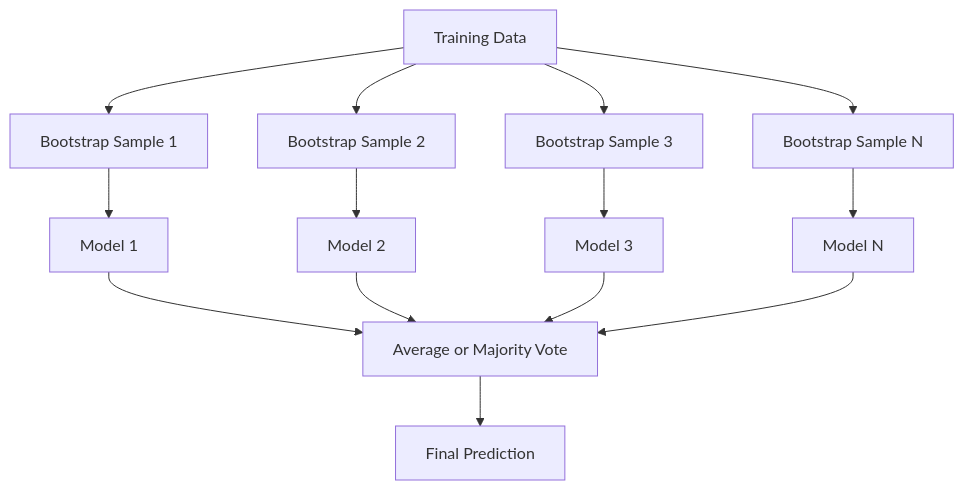
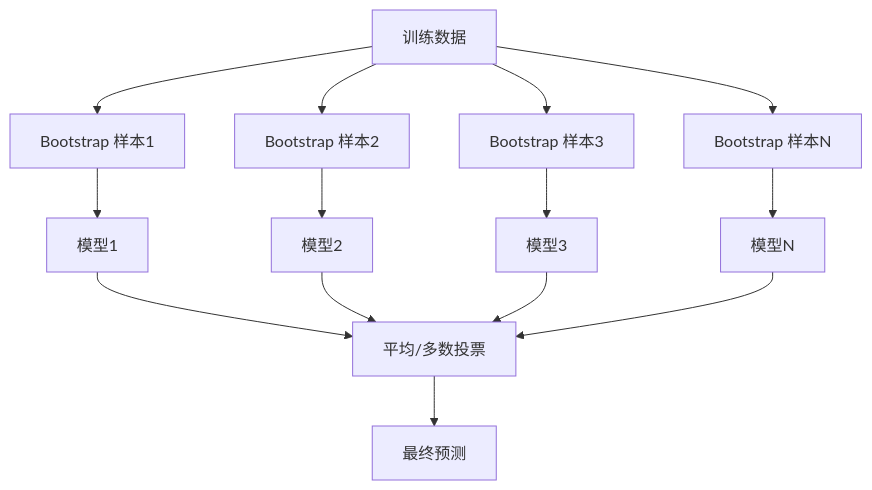
One commit to omigaZen/ai-engineering-from-scratch changed the first of 3 diagrams in phases/02-ml-fundamentals/11-ensemble-methods/docs/zh.md. Above: the diagram before and after it, drawn with Mermaid. The commit also changed other lines of this file, not shown here.

````diff
--- a/phases/02-ml-fundamentals/11-ensemble-methods/docs/zh.md
+++ b/phases/02-ml-fundamentals/11-ensemble-methods/docs/zh.md
@@ -66,19 +46,19 @@
 ```mermaid
 flowchart TD
-    D[Training Data] --> B1[Bootstrap Sample 1]
-    D --> B2[Bootstrap Sample 2]
-    D --> B3[Bootstrap Sample 3]
-    D --> BN[Bootstrap Sample N]
+    D[训练数据] --> B1[Bootstrap 样本1]
+    D --> B2[Bootstrap 样本2]
+    D --> B3[Bootstrap 样本3]
+    D --> BN[Bootstrap 样本N]
 
-    B1 --> M1[Model 1]
-    B2 --> M2[Model 2]
-    B3 --> M3[Model 3]
-    BN --> MN[Model N]
+    B1 --> M1[模型1]
+    B2 --> M2[模型2]
+    B3 --> M3[模型3]
+    BN --> MN[模型N]
 
-    M1 --> V[Average or Majority Vote]
+    M1 --> V[平均/多数投票]
     M2 --> V
     M3 --> V
     MN --> V
 
-    V --> P[Final Prediction]
+    V --> P[最终预测]
 ```
````
